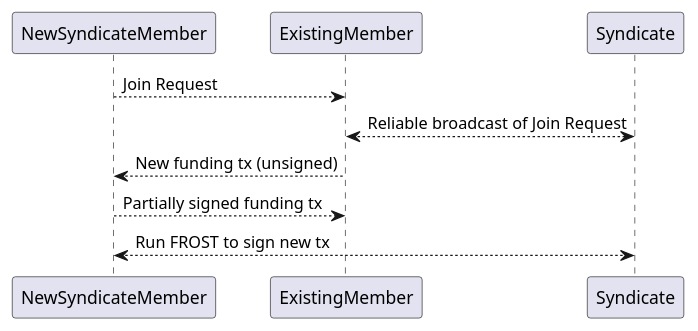
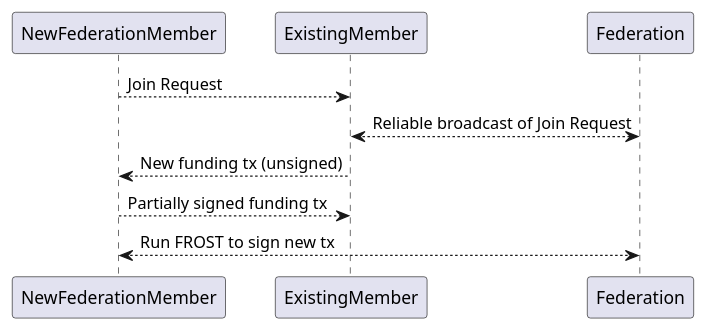
One commit to pool2win/radpool-design changed the second of 4 diagrams in one-page/mining-syndicate.adoc. Above: the diagram before and after it, drawn with PlantUML. The commit also changed other lines of this file and 4 other files, not shown here.

```diff
--- a/one-page/mining-syndicate.adoc
+++ b/one-page/mining-syndicate.adoc
@@ -260,10 +297,10 @@
 [plantuml, target=intial-setup]
 ....
 @startuml
-NewSyndicateMember --> ExistingMember: Join Request
-ExistingMember <--> Syndicate: Reliable broadcast of Join Request
-ExistingMember --> NewSyndicateMember: New funding tx (unsigned)
-NewSyndicateMember --> ExistingMember: Partially signed funding tx
-NewSyndicateMember <--> Syndicate: Run FROST to sign new tx
+NewFederationMember --> ExistingMember: Join Request
+ExistingMember <--> Federation: Reliable broadcast of Join Request
+ExistingMember --> NewFederationMember: New funding tx (unsigned)
+NewFederationMember --> ExistingMember: Partially signed funding tx
+NewFederationMember <--> Federation: Run FROST to sign new tx
 @enduml
 ....
```
